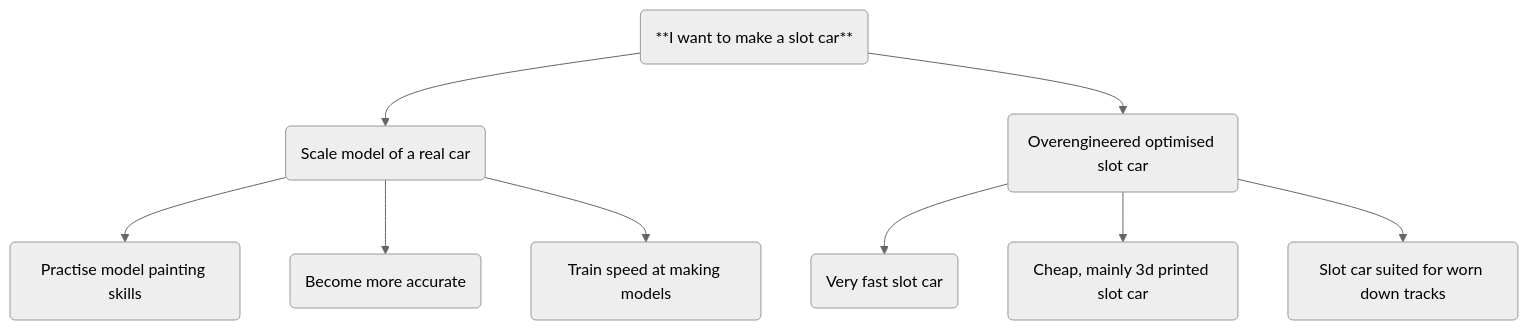
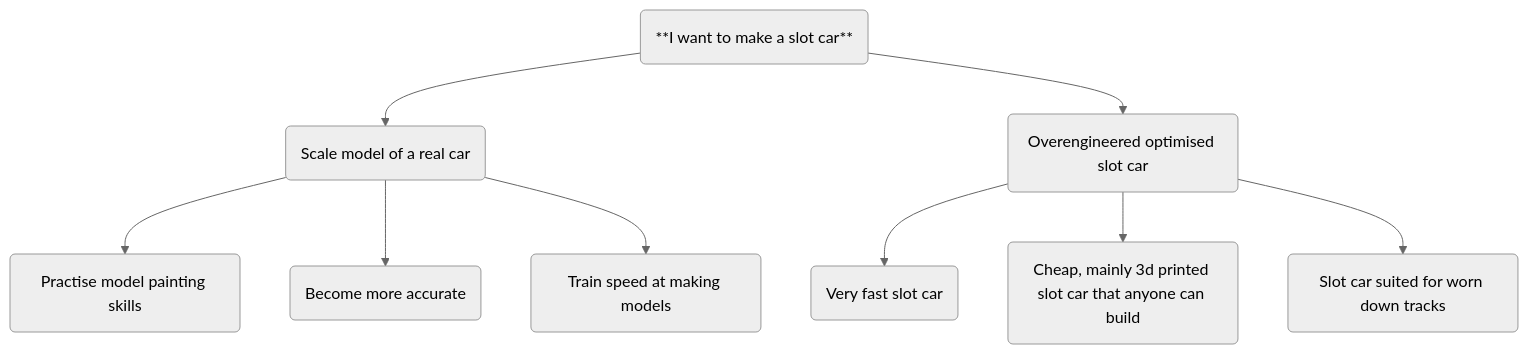
One commit to skelobones/blog changed the diagram in content/AIF 2026/project-plan.md. Above: the diagram before and after it, drawn with Mermaid (neutral theme). The commit also changed other lines of this file and 8 other files, not shown here.

````diff
--- a/content/AIF 2026/project-plan.md
+++ b/content/AIF 2026/project-plan.md
@@ -15,18 +14,18 @@
 ```mermaid
 flowchart TD
 
 
 origin("**I want to make a slot car**")
 
 origin --> a(Scale model of a real car)
 origin --> b(Overengineered optimised slot car)
 
 a --> a1(Practise model painting skills)
 a --> a2(Become more accurate)
 a --> a3(Train speed at making models)
 
 b --> b1(Very fast slot car)
-b --> b2(Cheap, mainly 3d printed slot car)
+b --> b2(Cheap, mainly 3d printed slot car that anyone can build)
 b --> b3(Slot car suited for worn down tracks)
 
 ```
````
